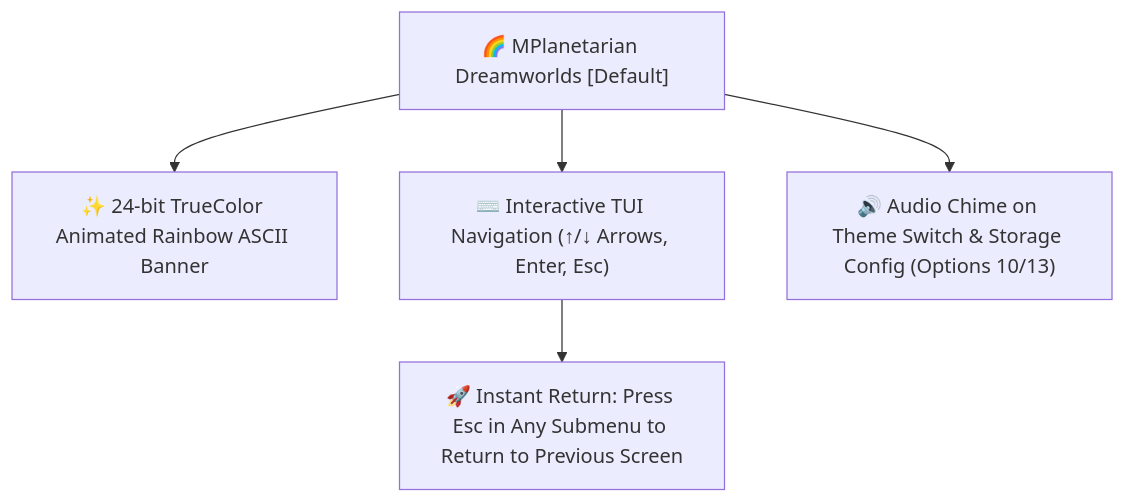
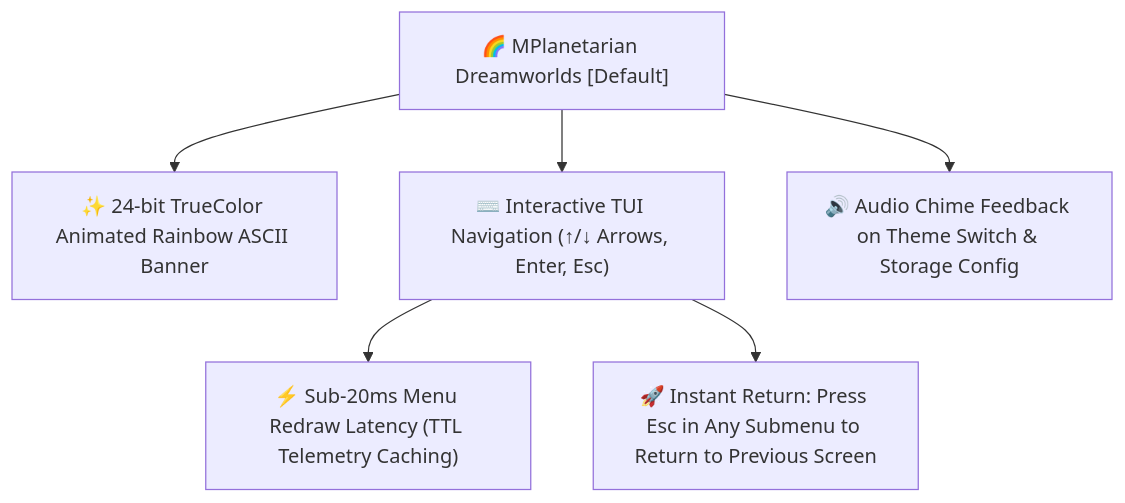
Before and after one commit to MPlanetarian/MP_Mix_Manager_v0.3: the first of 9 diagrams in README.md, drawn with Mermaid. The commit also changed other lines of this file, not shown here.

Commit message:
docs: update README.md to comprehensively document v0.3.5 features and architecture

````diff
--- a/README.md
+++ b/README.md
@@ -22,7 +50,8 @@
 ```mermaid
 flowchart TD
     A["🌈 MPlanetarian Dreamworlds [Default]"] --> B["✨ 24-bit TrueColor Animated Rainbow ASCII Banner"]
     A --> C["⌨️ Interactive TUI Navigation (↑/↓ Arrows, Enter, Esc)"]
-    A --> D["🔊 Audio Chime on Theme Switch & Storage Config (Options 10/13)"]
-    C --> E["🚀 Instant Return: Press Esc in Any Submenu to Return to Previous Screen"]
+    A --> D["🔊 Audio Chime Feedback on Theme Switch & Storage Config"]
+    C --> E["⚡ Sub-20ms Menu Redraw Latency (TTL Telemetry Caching)"]
+    C --> F["🚀 Instant Return: Press Esc in Any Submenu to Return to Previous Screen"]
 ```
````
